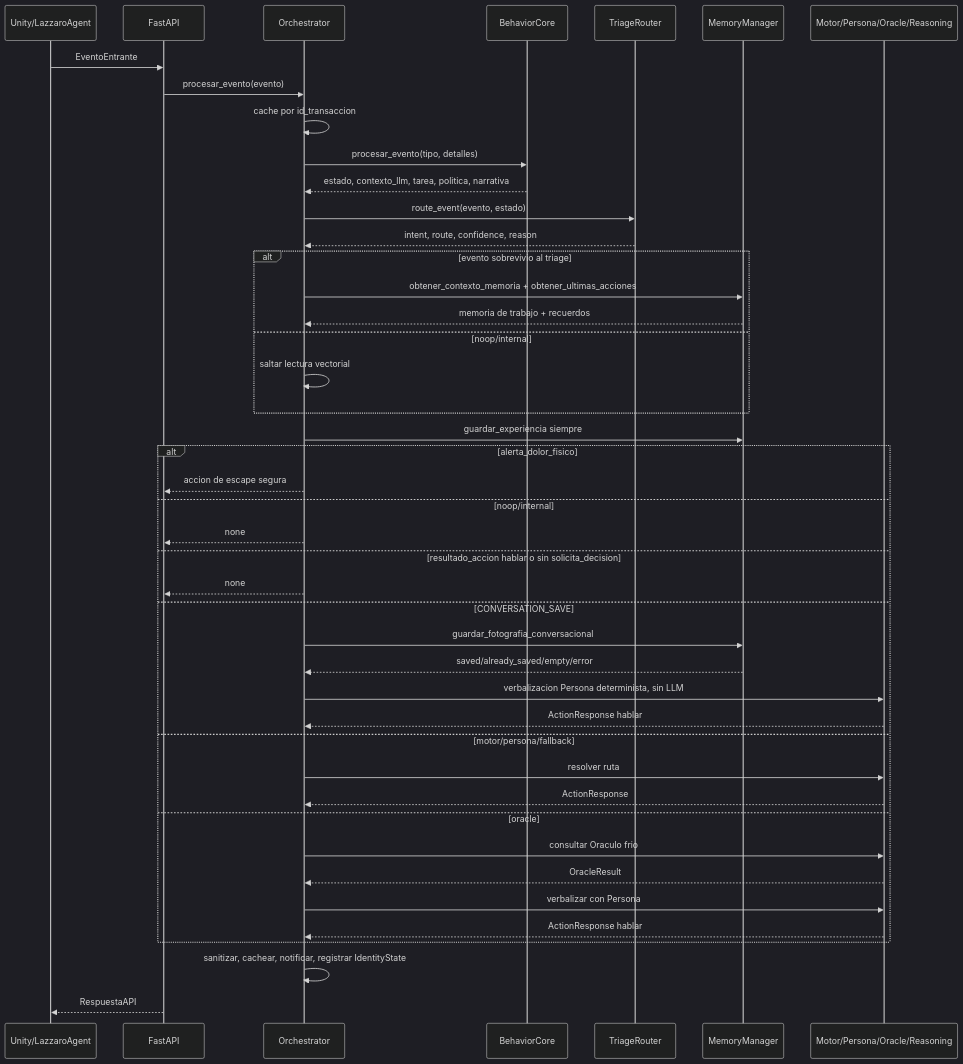
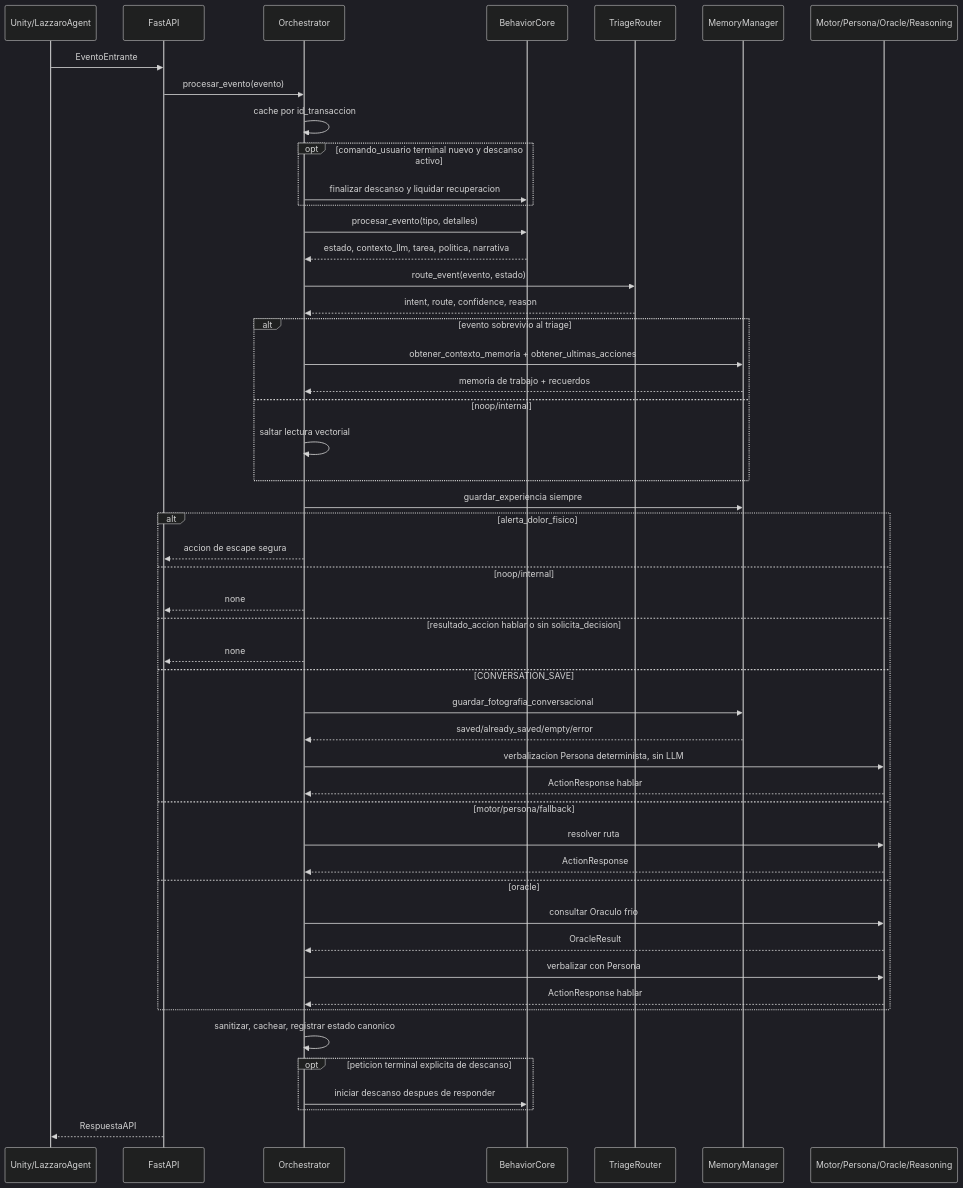
The second of 5 diagrams in docs/arquitectura_completa_lazzaro.md (Genrex-code/Lazzaro), drawn with Mermaid (dark theme) before and after one commit. The commit also changed other lines of this file and 30 other files, not shown here.

````diff
--- a/docs/arquitectura_completa_lazzaro.md
+++ b/docs/arquitectura_completa_lazzaro.md
@@ -91,47 +91,53 @@
 ```mermaid
 sequenceDiagram
     participant Unity as Unity/LazzaroAgent
     participant API as FastAPI
     participant Orch as Orchestrator
     participant Core as BehaviorCore
     participant Triage as TriageRouter
     participant Mem as MemoryManager
     participant Layer as Motor/Persona/Oracle/Reasoning
 
     Unity->>API: EventoEntrante
     API->>Orch: procesar_evento(evento)
     Orch->>Orch: cache por id_transaccion
+    opt comando_usuario terminal nuevo y descanso activo
+        Orch->>Core: finalizar descanso y liquidar recuperacion
+    end
     Orch->>Core: procesar_evento(tipo, detalles)
     Core-->>Orch: estado, contexto_llm, tarea, politica, narrativa
     Orch->>Triage: route_event(evento, estado)
     Triage-->>Orch: intent, route, confidence, reason
     alt evento sobrevivio al triage
         Orch->>Mem: obtener_contexto_memoria + obtener_ultimas_acciones
         Mem-->>Orch: memoria de trabajo + recuerdos
     else noop/internal
         Orch->>Orch: saltar lectura vectorial
     end
     Orch->>Mem: guardar_experiencia siempre
     alt alerta_dolor_fisico
         Orch-->>API: accion de escape segura
     else noop/internal
         Orch-->>API: none
     else resultado_accion hablar o sin solicita_decision
         Orch-->>API: none
     else CONVERSATION_SAVE
         Orch->>Mem: guardar_fotografia_conversacional
         Mem-->>Orch: saved/already_saved/empty/error
         Orch->>Layer: verbalizacion Persona determinista, sin LLM
         Layer-->>Orch: ActionResponse hablar
     else motor/persona/fallback
         Orch->>Layer: resolver ruta
         Layer-->>Orch: ActionResponse
     else oracle
         Orch->>Layer: consultar Oraculo frio
         Layer-->>Orch: OracleResult
         Orch->>Layer: verbalizar con Persona
         Layer-->>Orch: ActionResponse hablar
     end
-    Orch->>Orch: sanitizar, cachear, notificar, registrar IdentityState
+    Orch->>Orch: sanitizar, cachear, registrar estado canonico
+    opt peticion terminal explicita de descanso
+        Orch->>Core: iniciar descanso despues de responder
+    end
     API-->>Unity: RespuestaAPI
 ```
````
